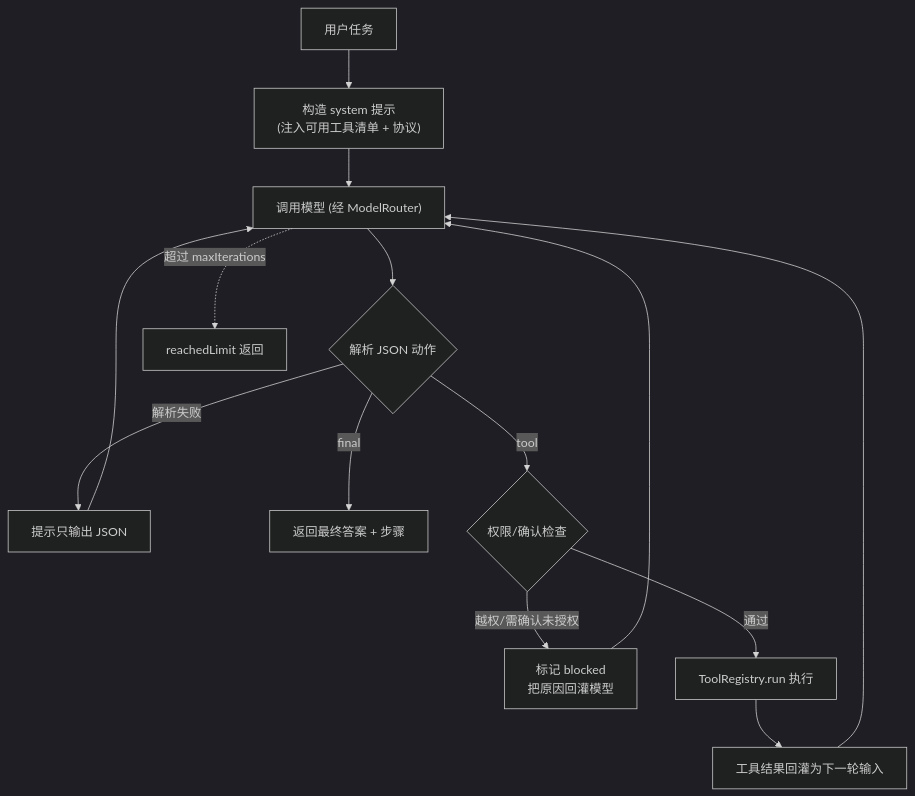
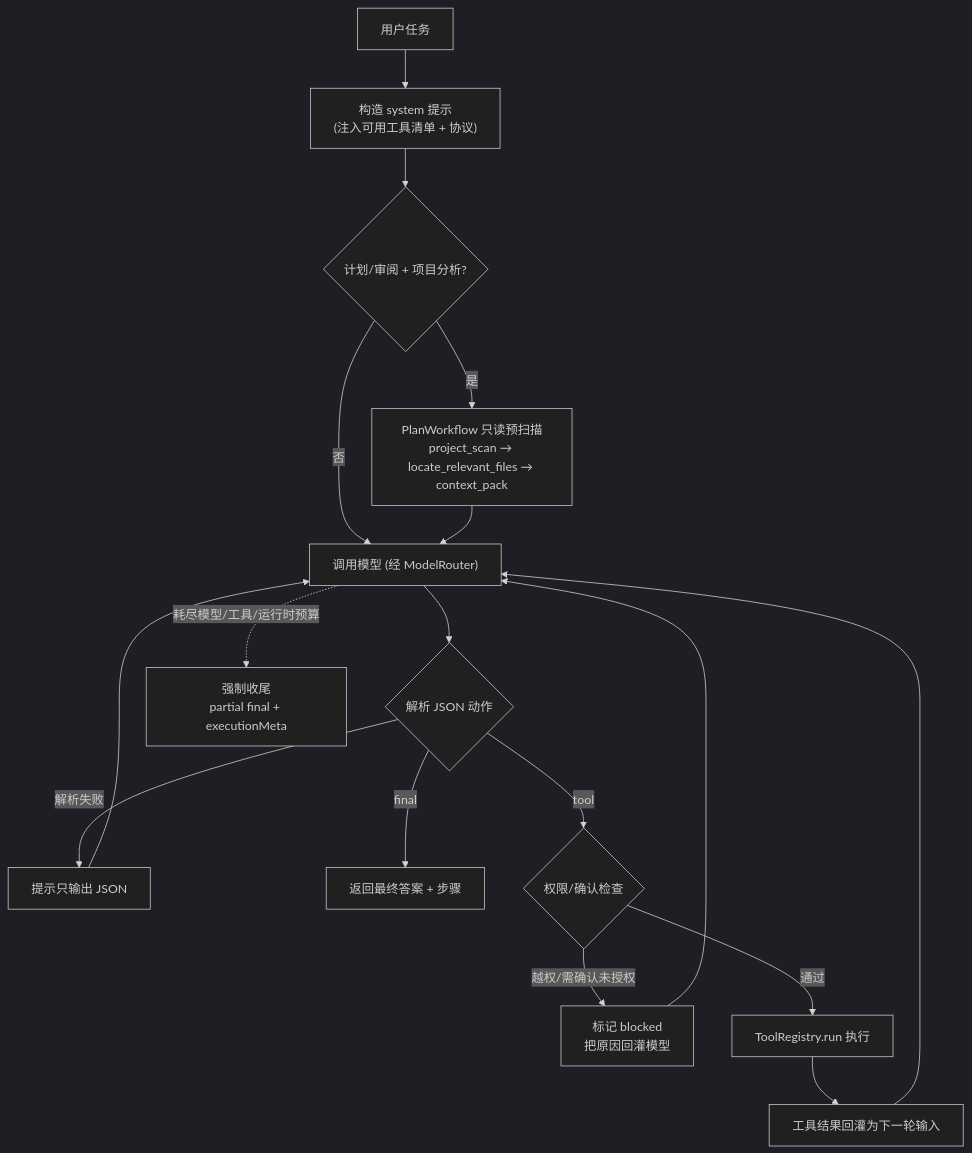
The diagram in docs/对话循环.md (Atikou/AgentRelay), drawn with Mermaid (dark theme) before and after one commit. The commit also changed other lines of this file and 56 other files, not shown here.

````diff
--- a/docs/对话循环.md
+++ b/docs/对话循环.md
@@ -16,13 +16,16 @@
 ```mermaid
 flowchart TD
     U["用户任务"] --> S["构造 system 提示<br/>(注入可用工具清单 + 协议)"]
-    S --> C["调用模型 (经 ModelRouter)"]
+    S --> PW{"计划/审阅 + 项目分析?"}
+    PW -- "是" --> PRE["PlanWorkflow 只读预扫描<br/>project_scan → locate_relevant_files → context_pack"]
+    PW -- "否" --> C["调用模型 (经 ModelRouter)"]
+    PRE --> C
     C --> P{"解析 JSON 动作"}
     P -- "解析失败" --> R["提示只输出 JSON"] --> C
     P -- "final" --> DONE["返回最终答案 + 步骤"]
     P -- "tool" --> PERM{"权限/确认检查"}
     PERM -- "越权/需确认未授权" --> BLK["标记 blocked<br/>把原因回灌模型"] --> C
     PERM -- "通过" --> EXEC["ToolRegistry.run 执行"]
     EXEC --> FEED["工具结果回灌为下一轮输入"] --> C
-    C -. "超过 maxIterations" .-> LIMIT["reachedLimit 返回"]
+    C -. "耗尽模型/工具/运行时预算" .-> LIMIT["强制收尾<br/>partial final + executionMeta"]
 ```
````
